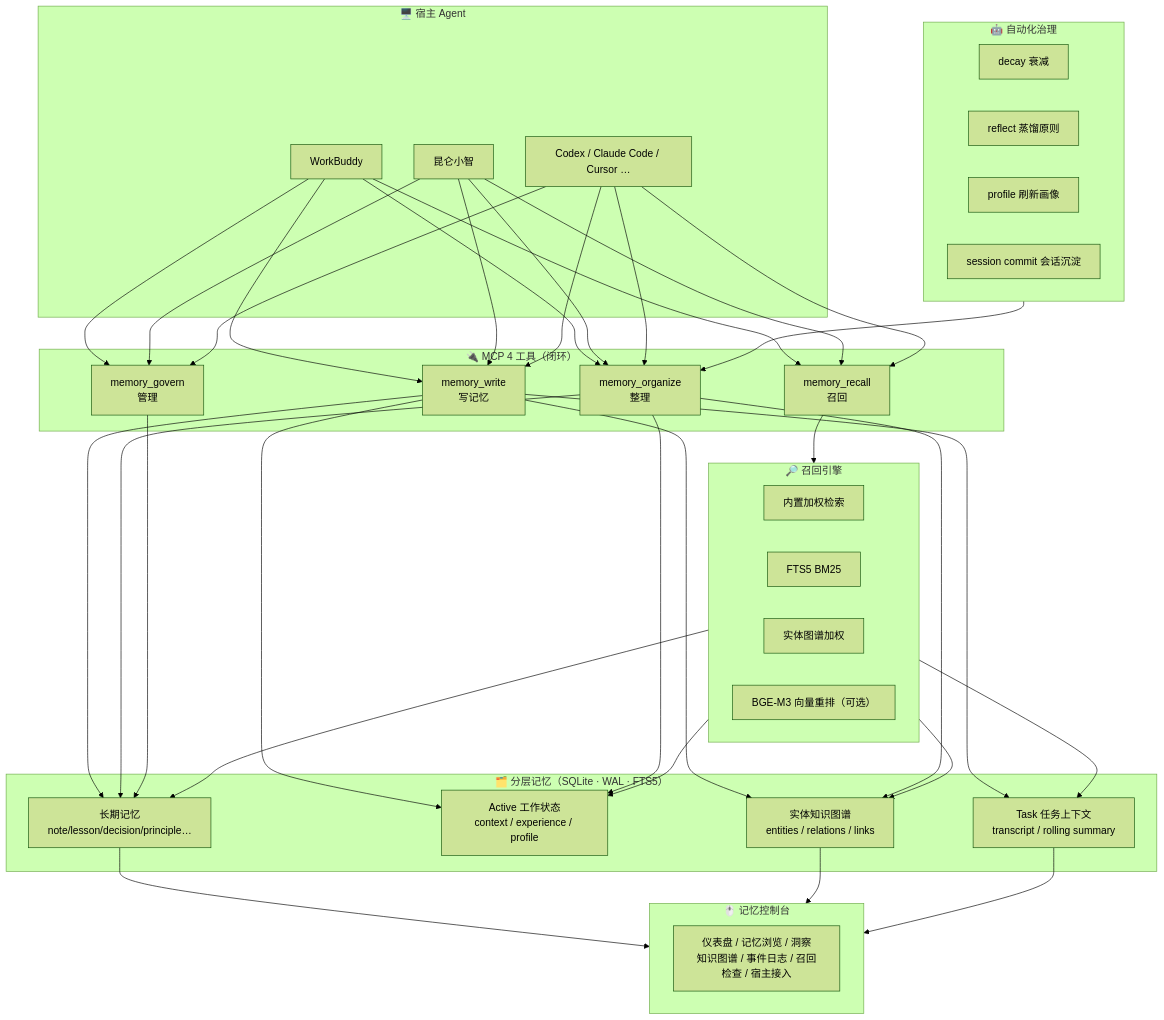
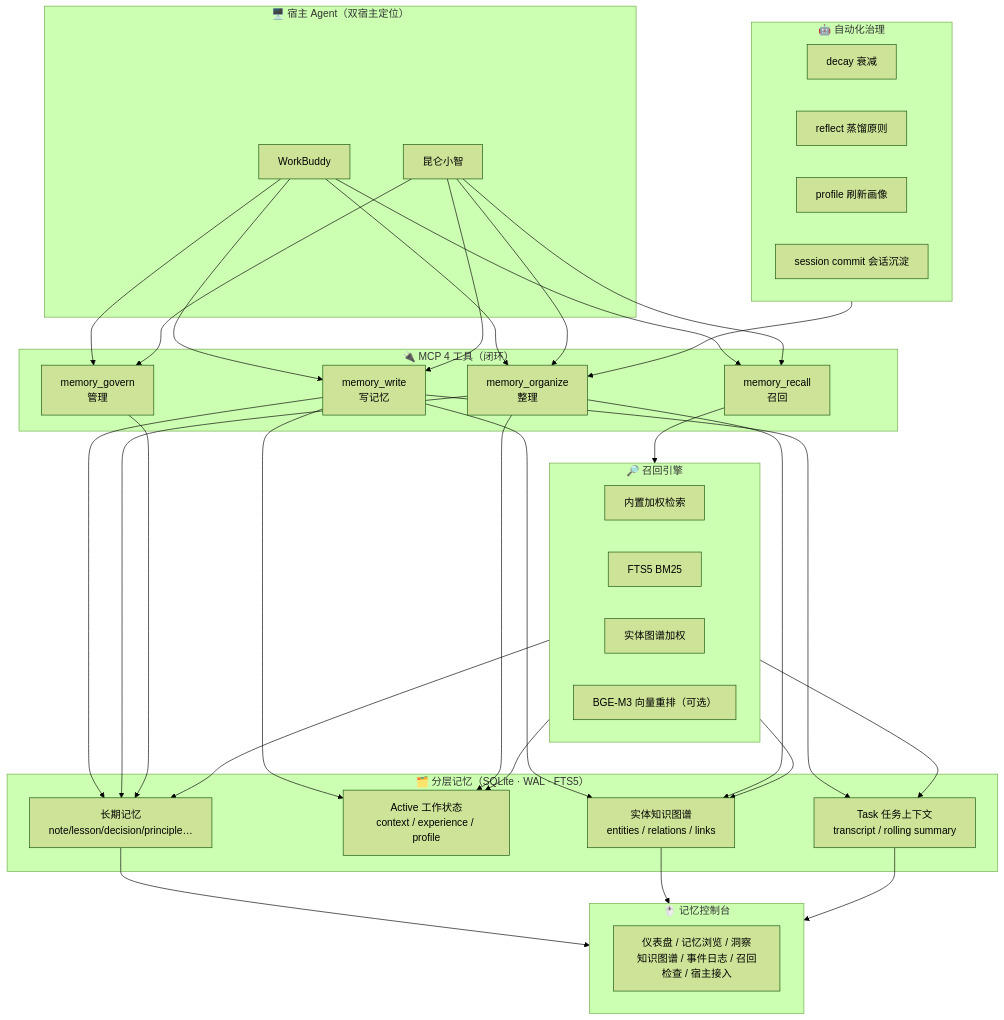
One commit to xdragonjia/leafmem changed the diagram in README.md. Above: the diagram before and after it, drawn with Mermaid (forest theme). The commit also changed other lines of this file, not shown here.

````diff
--- a/README.md
+++ b/README.md
@@ -33,51 +33,50 @@
 ```mermaid
 flowchart TB
-    subgraph Hosts["🖥️ 宿主 Agent"]
+    subgraph Hosts["🖥️ 宿主 Agent（双宿主定位）"]
         WB["WorkBuddy"]
         KXZ["昆仑小智"]
-        CODEX["Codex / Claude Code / Cursor …"]
     end
 
     subgraph MCP["🔌 MCP 4 工具（闭环）"]
         W["memory_write<br/>写记忆"]
         R["memory_recall<br/>召回"]
         O["memory_organize<br/>整理"]
         G["memory_govern<br/>管理"]
     end
 
     subgraph Layers["🗂️ 分层记忆（SQLite · WAL · FTS5）"]
         PALACE["长期记忆<br/>note/lesson/decision/principle…"]
         ACTIVE["Active 工作状态<br/>context / experience / profile"]
         TASK["Task 任务上下文<br/>transcript / rolling summary"]
         GRAPH["实体知识图谱<br/>entities / relations / links"]
     end
 
     subgraph Retrieval["🔎 召回引擎"]
         BUILTIN["内置加权检索"]
         FTS["FTS5 BM25"]
         ENTITY["实体图谱加权"]
         RERANK["BGE-M3 向量重排（可选）"]
     end
 
     subgraph Ops["🤖 自动化治理"]
         DECAY["decay 衰减"]
         REFLECT["reflect 蒸馏原则"]
         PROFILE["profile 刷新画像"]
         COMMIT["session commit 会话沉淀"]
     end
 
     subgraph Console["🖱️ 记忆控制台"]
         UI["仪表盘 / 记忆浏览 / 洞察<br/>知识图谱 / 事件日志 / 召回检查 / 宿主接入"]
     end
 
-    WB & KXZ & CODEX --> W & R & O & G
+    WB & KXZ --> W & R & O & G
     W --> PALACE & ACTIVE & TASK
     W --> GRAPH
     O --> PALACE & ACTIVE
     O --> GRAPH
     G --> PALACE
     R --> Retrieval
     Retrieval --> PALACE & ACTIVE & TASK & GRAPH
     Ops --> O
     PALACE & GRAPH & TASK --> Console
 ```
````
